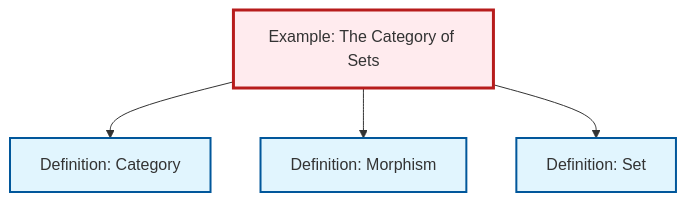
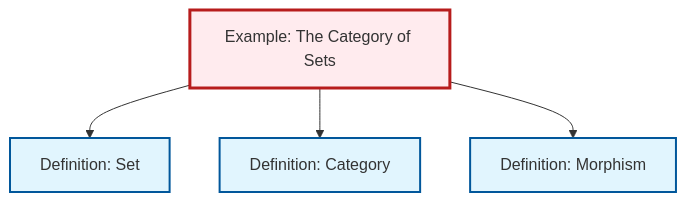
The diagram in content/en/category-theory/ex-set-category.qmd (RK0429/ModernMath), drawn with Mermaid before and after one commit. The commit also changed other lines of this file and 417 other files, not shown here.

````diff
--- a/content/en/category-theory/ex-set-category.qmd
+++ b/content/en/category-theory/ex-set-category.qmd
@@ -68,20 +68,20 @@
 ```{mermaid}
 %%| fig-cap: "Local dependency graph"
 graph TD
     classDef definition fill:#e1f5fe,stroke:#01579b,stroke-width:2px
     classDef theorem fill:#f3e5f5,stroke:#4a148c,stroke-width:2px
     classDef axiom fill:#fff3e0,stroke:#e65100,stroke-width:2px
     classDef example fill:#e8f5e9,stroke:#1b5e20,stroke-width:2px
     classDef current fill:#ffebee,stroke:#b71c1c,stroke-width:3px
+    def-category["Definition: Category"]:::definition
     def-morphism["Definition: Morphism"]:::definition
+    def-set["Definition: Set"]:::definition
     ex-set-category["Example: The Category of Sets"]:::example
-    def-category["Definition: Category"]:::definition
-    def-set["Definition: Set"]:::definition
+    ex-set-category --> def-set
     ex-set-category --> def-category
     ex-set-category --> def-morphism
-    ex-set-category --> def-set
     class ex-set-category current
+    click def-category "def-category.html" "Go to Category definition"
     click def-morphism "def-morphism.html" "Go to Morphism definition"
-    click def-category "def-category.html" "Go to Category definition"
     click def-set "def-set.html" "Go to Set definition"
 ```
````
